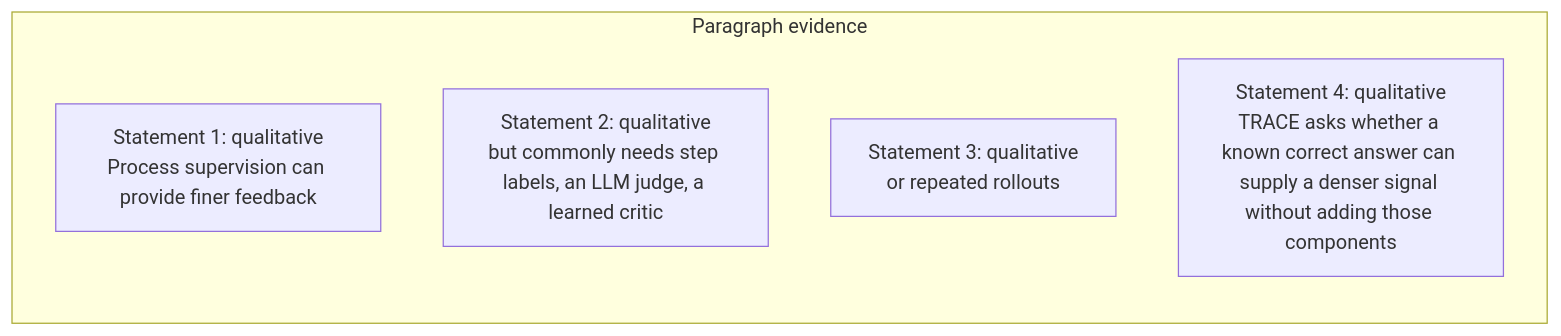
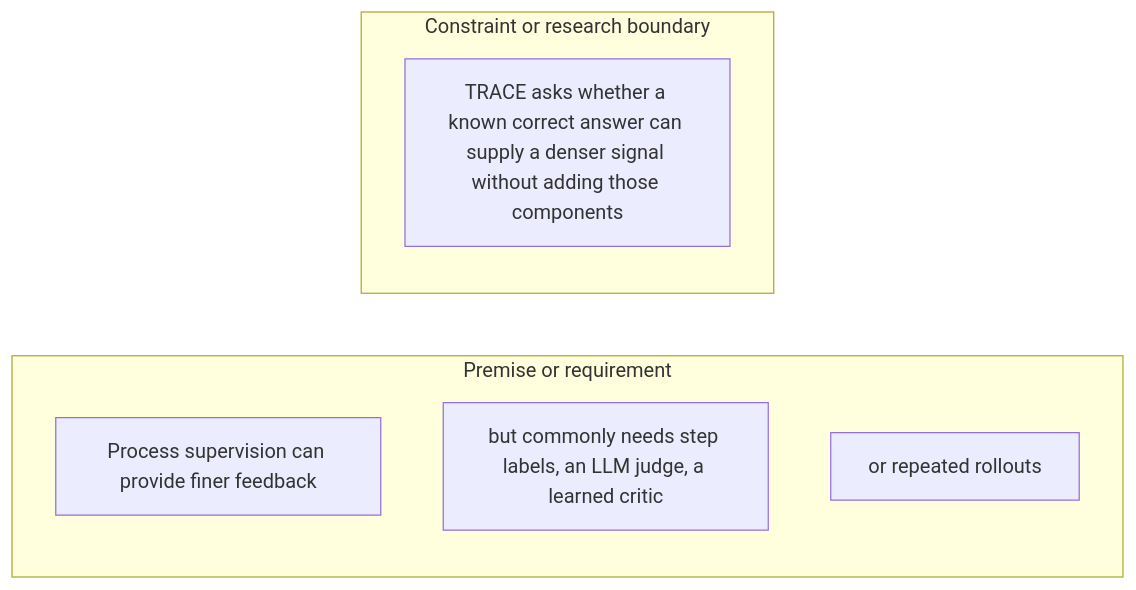
One commit to Betancourt1/paper_atlas changed the fourth of 48 diagrams in docs/visual-manifests/VISUAL_MANIFEST_TRACE.md. Above: the diagram before and after it, drawn with Mermaid. The commit also changed other lines of this file and 7 other files, not shown here.

````diff
--- a/docs/visual-manifests/VISUAL_MANIFEST_TRACE.md
+++ b/docs/visual-manifests/VISUAL_MANIFEST_TRACE.md
@@ -292,9 +354,11 @@
 ```mermaid
 flowchart LR
-  subgraph p1["Paragraph evidence"]
-    p1r1["Statement 1: qualitative<br/>Process supervision can provide finer feedback"]
-    p1r2["Statement 2: qualitative<br/>but commonly needs step labels, an LLM judge, a learned critic"]
-    p1r3["Statement 3: qualitative<br/>or repeated rollouts"]
-    p1r4["Statement 4: qualitative<br/>TRACE asks whether a known correct answer can supply a denser signal without adding those components"]
+  subgraph g1["Premise or requirement"]
+    g1i1["Process supervision can provide finer feedback"]
+    g1i2["but commonly needs step labels, an LLM judge, a learned critic"]
+    g1i3["or repeated rollouts"]
+  end
+  subgraph g2["Constraint or research boundary"]
+    g2i1["TRACE asks whether a known correct answer can supply a denser signal without adding those components"]
   end
 ```
````
